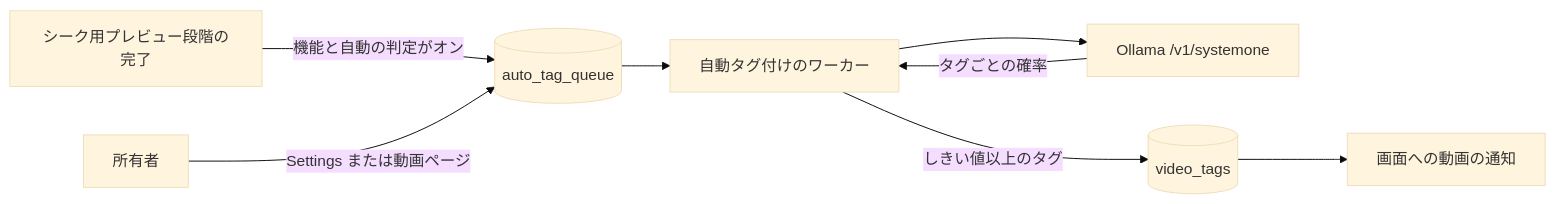
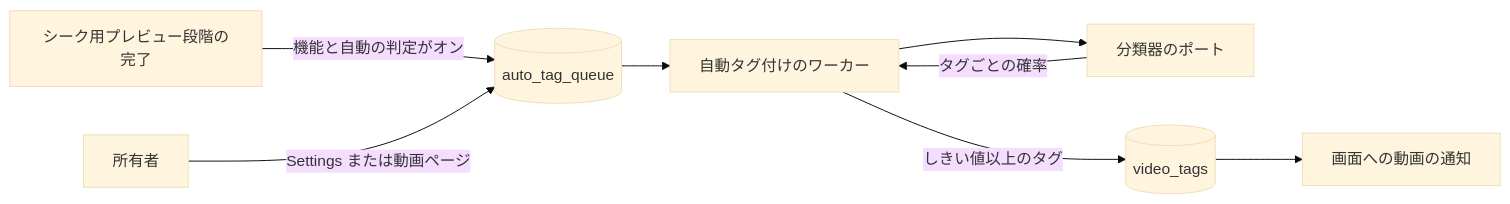
The first of 3 diagrams in translations/ja/docs/design-docs/auto-tagging.md (syudead/vv), drawn with Mermaid (base theme) before and after one commit. The commit also changed other lines of this file and 34 other files, not shown here.

````diff
--- a/translations/ja/docs/design-docs/auto-tagging.md
+++ b/translations/ja/docs/design-docs/auto-tagging.md
@@ -12,10 +12,10 @@
 ```mermaid
 flowchart LR
   seek[シーク用プレビュー段階の完了] -->|機能と自動の判定がオン| queue[(auto_tag_queue)]
   owner[所有者] -->|Settings または動画ページ| queue
   queue --> worker[自動タグ付けのワーカー]
-  worker --> clef[Ollama /v1/systemone]
-  clef -->|タグごとの確率| worker
+  worker --> port[分類器のポート]
+  port -->|タグごとの確率| worker
   worker -->|しきい値以上のタグ| tags[(video_tags)]
   tags --> screen[画面への動画の通知]
 ```
````
